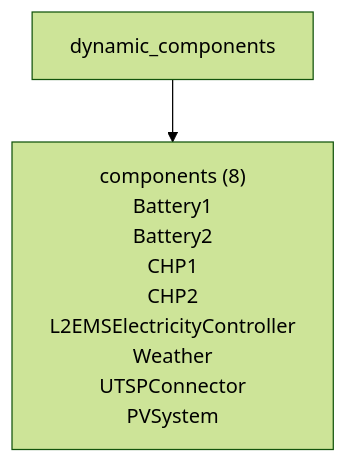
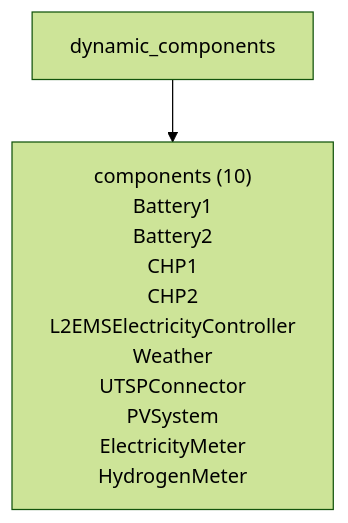
Before and after one commit to FZJ-IEK3-VSA/HiSim: diagram 19 of 22 in roadmap/declarative_energy_systems/grouping_overview.md, drawn with Mermaid (forest theme). The commit also changed other lines of this file and 37 other files, not shown here.

````diff
--- a/roadmap/declarative_energy_systems/grouping_overview.md
+++ b/roadmap/declarative_energy_systems/grouping_overview.md
@@ -804,7 +804,7 @@
 ```mermaid
 flowchart TD
     setup["dynamic_components"]
-    components["components (8)<br/>Battery1<br/>Battery2<br/>CHP1<br/>CHP2<br/>L2EMSElectricityController<br/>Weather<br/>UTSPConnector<br/>PVSystem"]
+    components["components (10)<br/>Battery1<br/>Battery2<br/>CHP1<br/>CHP2<br/>L2EMSElectricityController<br/>Weather<br/>UTSPConnector<br/>PVSystem<br/>ElectricityMeter<br/>HydrogenMeter"]
 
     setup --> components
 ```
````
